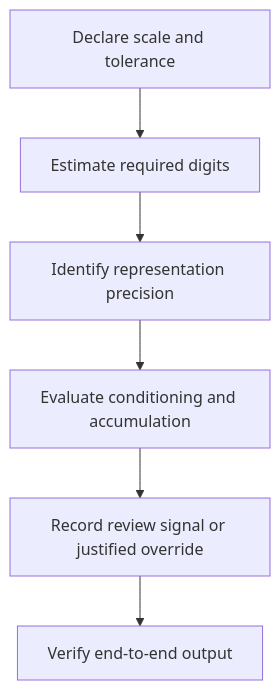
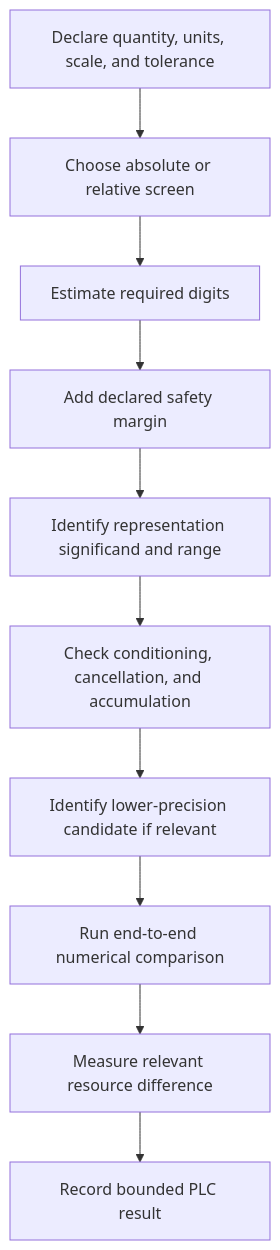
One commit to RobbieRazor/robbies-razor-benchmarks changed the diagram in diagnostics/precision_limit_check.md. Above: the diagram before and after it, drawn with Mermaid. The commit also changed other lines of this file, not shown here.

First line of the commit message:
Revise Precision-Limit Check documentation for clarity (#617)

````diff
--- a/diagnostics/precision_limit_check.md
+++ b/diagnostics/precision_limit_check.md
@@ -376,8 +970,12 @@
 ```mermaid
 flowchart TD
-    A[Declare scale and tolerance] --> B[Estimate required digits]
-    B --> C[Identify representation precision]
-    C --> D[Evaluate conditioning and accumulation]
-    D --> E[Record review signal or justified override]
-    E --> F[Verify end-to-end output]
+    A[Declare quantity, units, scale, and tolerance] --> B[Choose absolute or relative screen]
+    B --> C[Estimate required digits]
+    C --> D[Add declared safety margin]
+    D --> E[Identify representation significand and range]
+    E --> F[Check conditioning, cancellation, and accumulation]
+    F --> G[Identify lower-precision candidate if relevant]
+    G --> H[Run end-to-end numerical comparison]
+    H --> I[Measure relevant resource difference]
+    I --> J[Record bounded PLC result]
 ```
````
